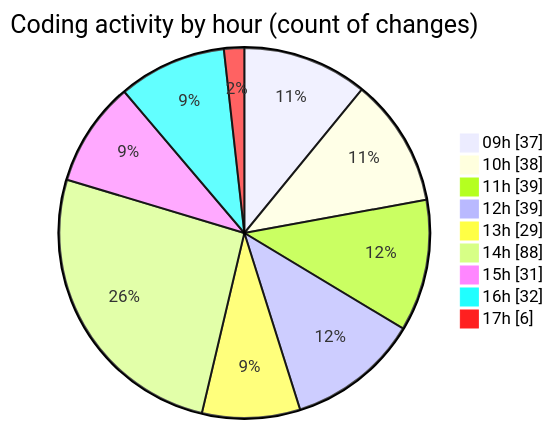
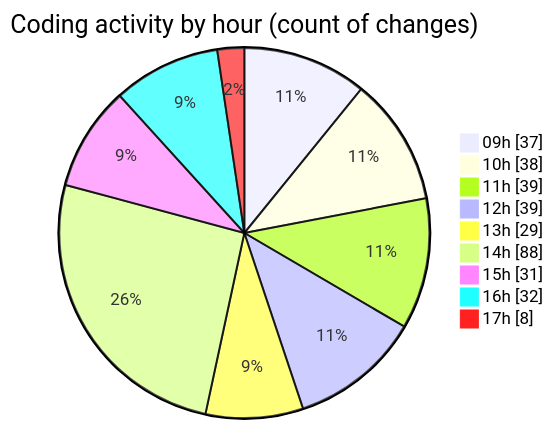
The second of 2 diagrams in 2025-02-12/cda/README.md (momahboobian/code-tracking), drawn with Mermaid before and after one commit. The commit also changed other lines of this file and 1 other file, not shown here.

````diff
--- a/2025-02-12/cda/README.md
+++ b/2025-02-12/cda/README.md
@@ -54,13 +54,13 @@
 ```mermaid
 pie showData
 title Coding activity by hour (count of changes)
 "09h" : 37
 "10h" : 38
 "11h" : 39
 "12h" : 39
 "13h" : 29
 "14h" : 88
 "15h" : 31
 "16h" : 32
-"17h" : 6
+"17h" : 8
 ```
````
